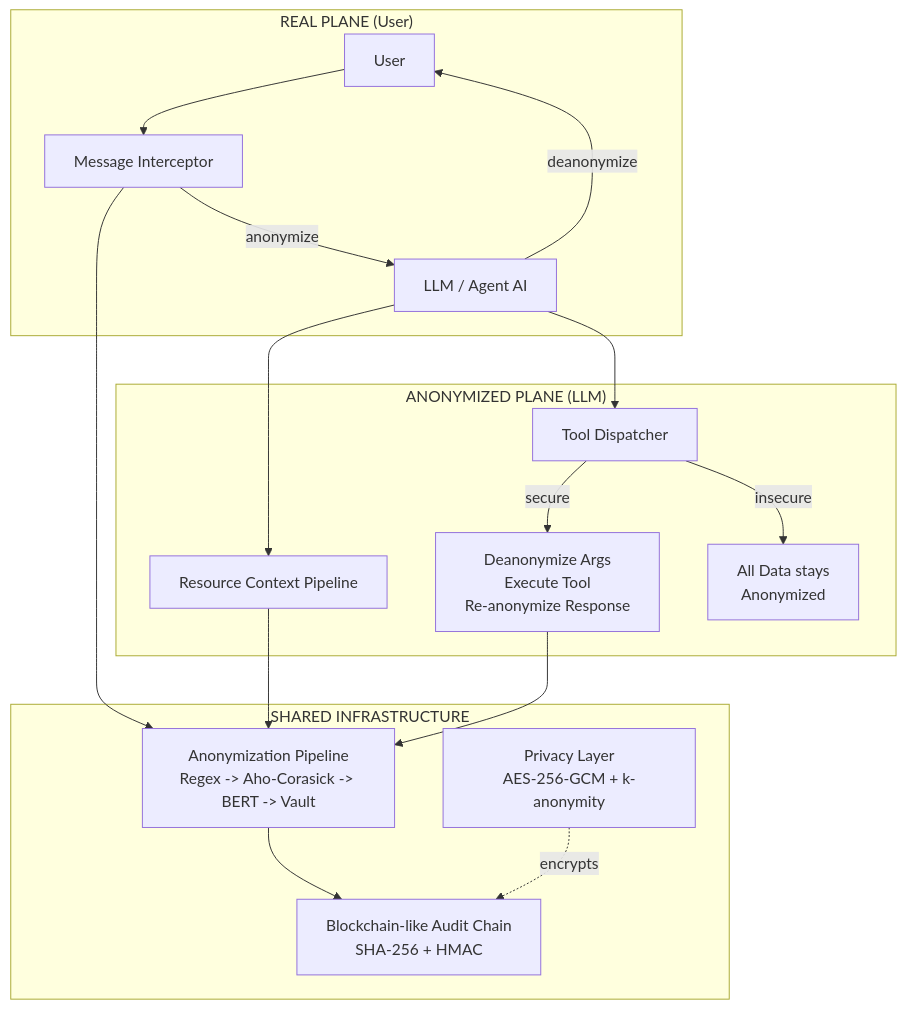
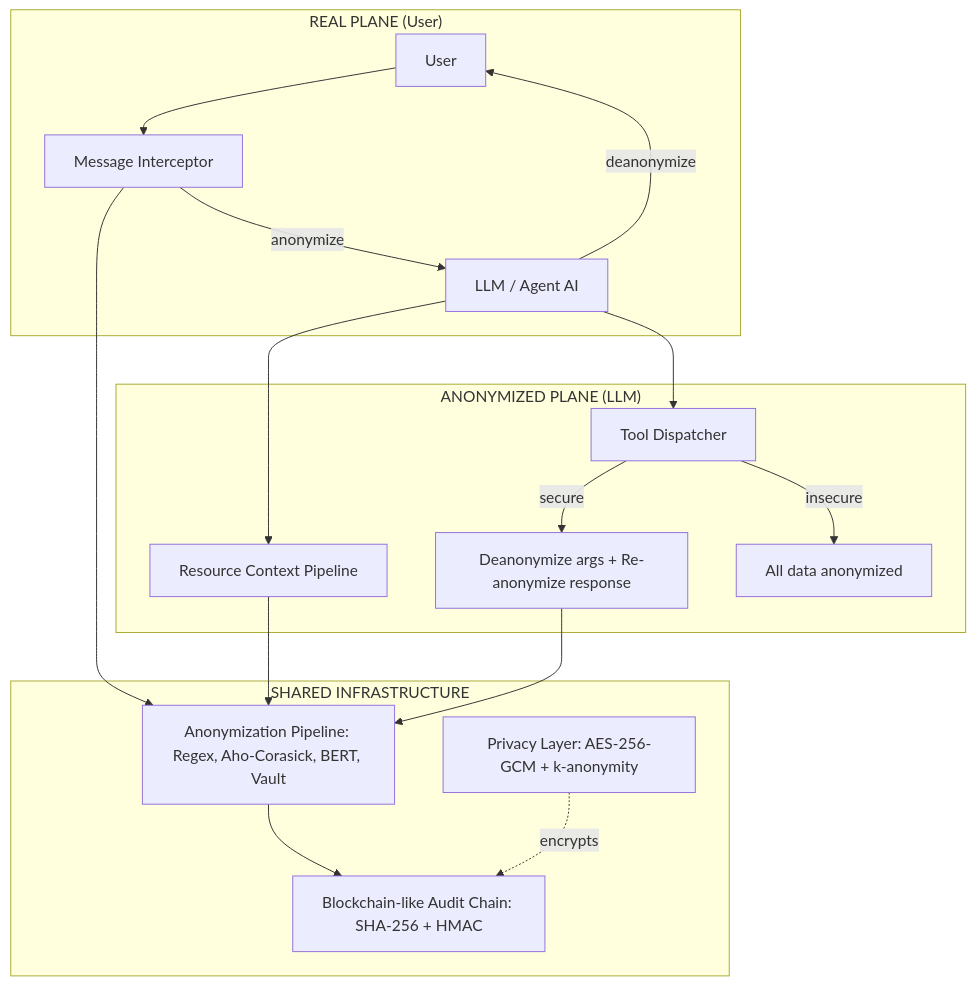
The first of 3 diagrams in README.md (ramsestein/u_mcp), drawn with Mermaid before and after one commit. The commit also changed other lines of this file, not shown here.

Commit message:
Fix Mermaid diagrams: remove <br/> and parentheses for GitHub compatibility

````diff
--- a/README.md
+++ b/README.md
@@ -109,28 +109,28 @@
 ```mermaid
 flowchart TB
     subgraph REAL["REAL PLANE (User)"]
-        U[User] --> MI[Message Interceptor]
+        U["User"] --> MI["Message Interceptor"]
         MI -->|anonymize| LLM
         LLM -->|deanonymize| U
     end
 
     subgraph ANON["ANONYMIZED PLANE (LLM)"]
-        LLM[LLM / Agent AI]
-        LLM --> RP[Resource Context Pipeline]
-        LLM --> TD[Tool Dispatcher]
-        TD -->|secure| SD[Deanonymize Args<br/>Execute Tool<br/>Re-anonymize Response]
-        TD -->|insecure| ID[All Data stays<br/>Anonymized]
+        LLM["LLM / Agent AI"]
+        LLM --> RP["Resource Context Pipeline"]
+        LLM --> TD["Tool Dispatcher"]
+        TD -->|secure| SD["Deanonymize args + Re-anonymize response"]
+        TD -->|insecure| ID["All data anonymized"]
     end
 
     subgraph SHARED["SHARED INFRASTRUCTURE"]
-        PIPE[Anonymization Pipeline<br/>Regex -> Aho-Corasick -> BERT -> Vault]
-        AUDIT[Blockchain-like Audit Chain<br/>SHA-256 + HMAC]
-        PRIV[Privacy Layer<br/>AES-256-GCM + k-anonymity]
+        PIPE["Anonymization Pipeline: Regex, Aho-Corasick, BERT, Vault"]
+        AUDIT["Blockchain-like Audit Chain: SHA-256 + HMAC"]
+        PRIV["Privacy Layer: AES-256-GCM + k-anonymity"]
     end
 
     MI --> PIPE
     RP --> PIPE
     SD --> PIPE
     PIPE --> AUDIT
     PRIV -.->|encrypts| AUDIT
 ```
````
